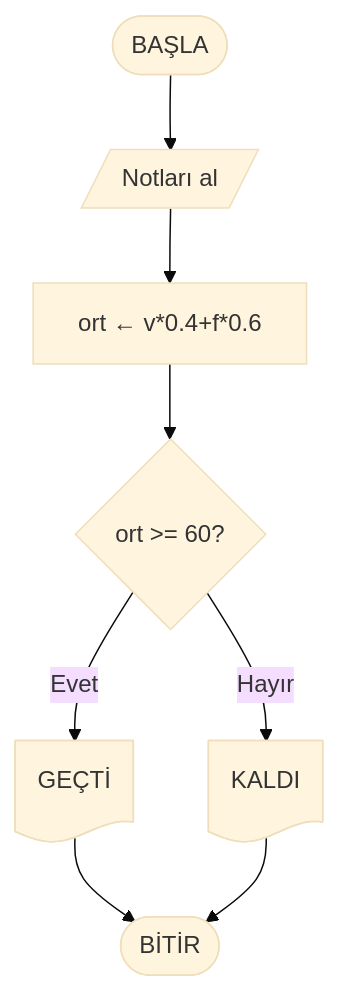
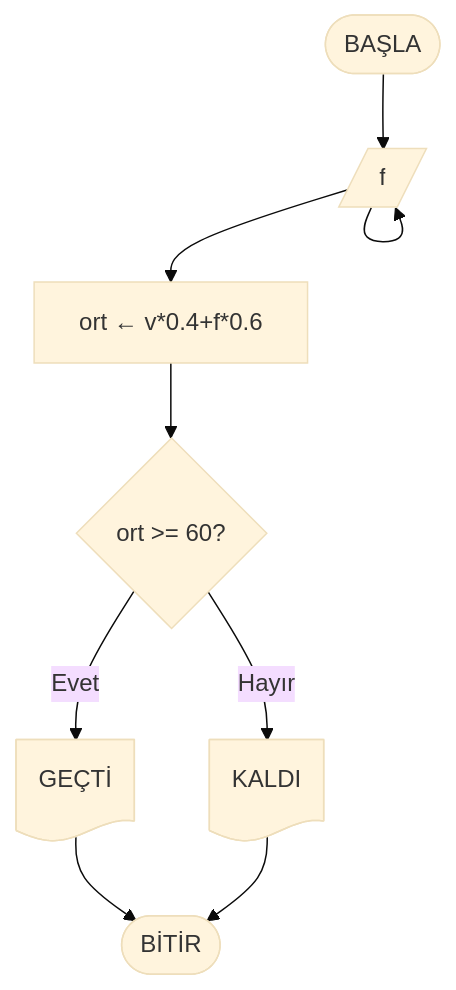
One commit to ibrahimayaz/Algoritma-ve-Programlamaya-Giris-2025 changed the sixth of 10 diagrams in Hafta02/ders_icerik.md. Above: the diagram before and after it, drawn with Mermaid (base theme).

Commit message:
NotHesaplama Duzeltildi

````diff
--- a/Hafta02/ders_icerik.md
+++ b/Hafta02/ders_icerik.md
@@ -598,7 +598,7 @@
 ```mermaid
 flowchart TD
-  start([BAŞLA]) --> inScores[/Notları al/] --> calc[ort ← v*0.4+f*0.6]
+  start([BAŞLA]) --> inScores[/v/] --> inScores[/f/] --> calc[ort ← v*0.4+f*0.6]
   calc --> passCheck{ort >= 60?}
   passCheck -- Evet --> pass@{ shape: doc, label: "GEÇTİ" } --> endNode([BİTİR])
   passCheck -- Hayır --> fail@{ shape: doc, label: "KALDI" } --> endNode
 ```
````
